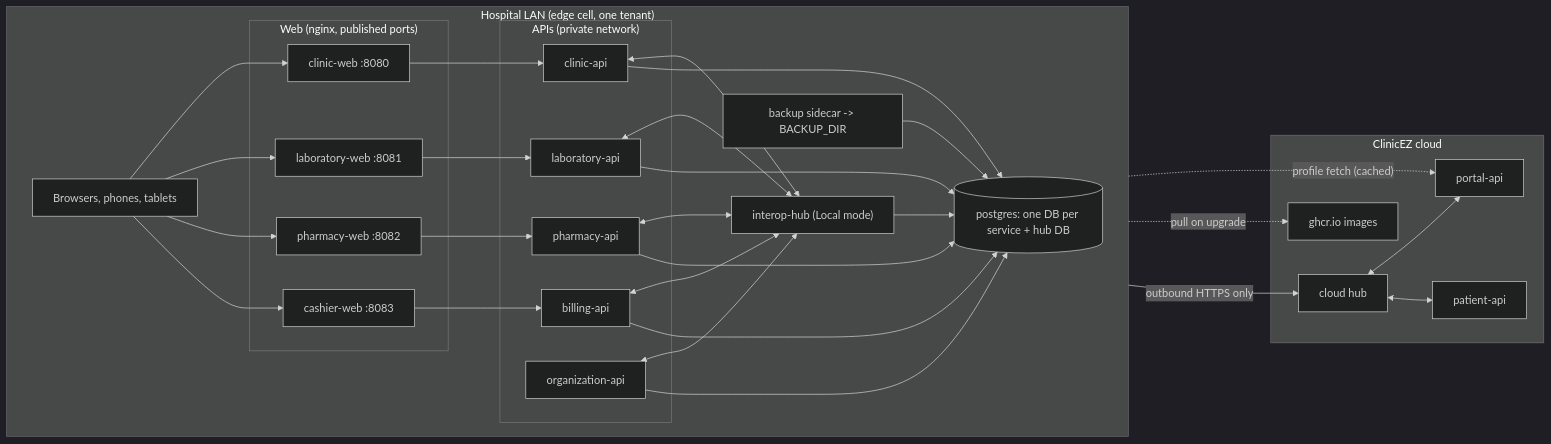
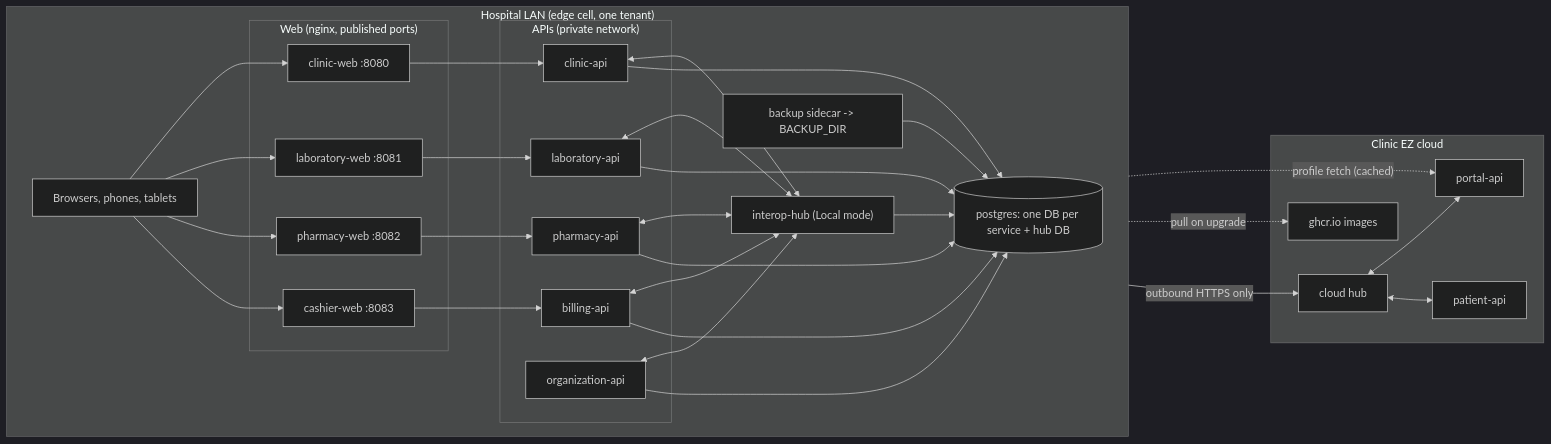
Before and after one commit to NextStep-Software-Solutions-Inc/clinicez-arch2: the first of 2 diagrams in docs/architecture/edge-cell.md, drawn with Mermaid (dark theme). The commit also changed 136 other files, not shown here.

````diff
--- a/docs/architecture/edge-cell.md
+++ b/docs/architecture/edge-cell.md
@@ -13,42 +13,42 @@
 ```mermaid
 flowchart LR
   subgraph LAN["Hospital LAN (edge cell, one tenant)"]
     direction LR
     DEV["Browsers, phones, tablets"]
     subgraph WEB["Web (nginx, published ports)"]
       CW["clinic-web :8080"]
       LW["laboratory-web :8081"]
       PW["pharmacy-web :8082"]
       KW["cashier-web :8083"]
     end
     subgraph APIS["APIs (private network)"]
       CA["clinic-api"]
       LA["laboratory-api"]
       PA["pharmacy-api"]
       OA["organization-api"]
       BA["billing-api"]
     end
     HUB["interop-hub (Local mode)"]
     PG[("postgres: one DB per service + hub DB")]
     BK["backup sidecar -> BACKUP_DIR"]
     DEV --> CW & LW & PW & KW
     CW --> CA
     LW --> LA
     PW --> PA
     KW --> BA
     CA & LA & PA & OA & BA <--> HUB
     CA & LA & PA & OA & BA & HUB --> PG
     BK --> PG
   end
-  subgraph CLOUD["ClinicEZ cloud"]
+  subgraph CLOUD["Clinic EZ cloud"]
     CH["cloud hub"]
     PORTAL["portal-api"]
     PAT["patient-api"]
     GHCR["ghcr.io images"]
   end
   HUB -- "outbound HTTPS only" --> CH
   CH <--> PORTAL
   CH <--> PAT
   CA -. "profile fetch (cached)" .-> PORTAL
   LAN -. "pull on upgrade" .-> GHCR
 ```
````
